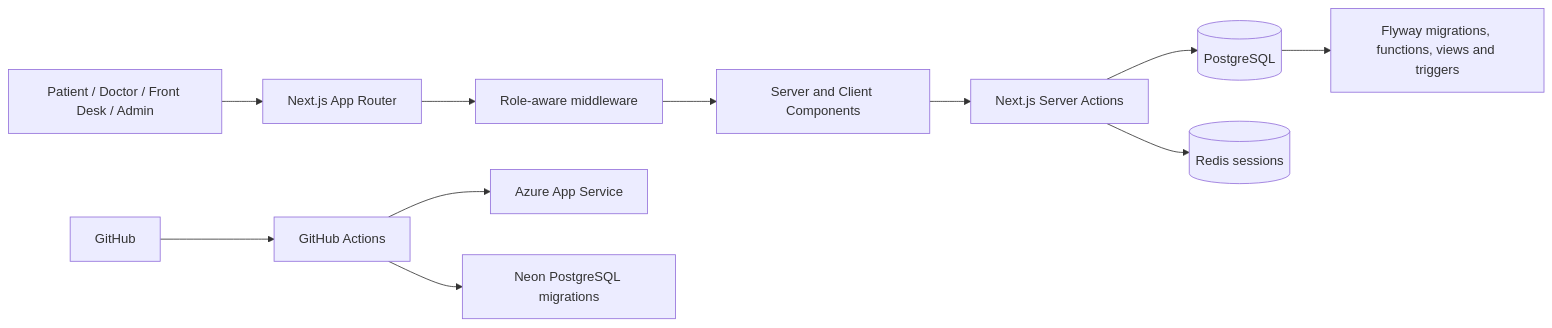
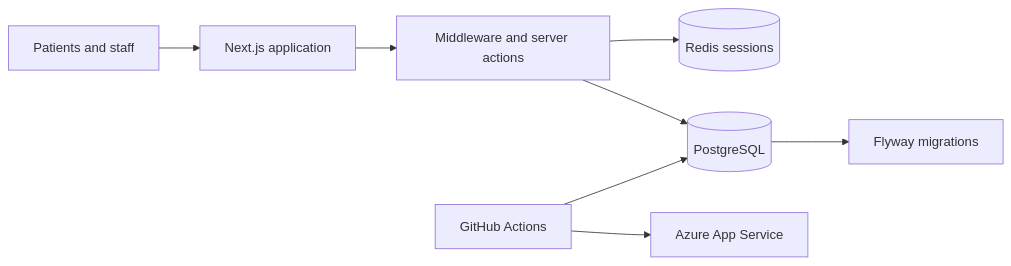
One commit to Nethmika4881/MedSync changed the diagram in README.md. Above: the diagram before and after it, drawn with Mermaid. The commit also changed other lines of this file, not shown here.

````diff
--- a/README.md
+++ b/README.md
@@ -86,14 +22,10 @@
 ```mermaid
 flowchart LR
-    U[Patient / Doctor / Front Desk / Admin] --> N[Next.js App Router]
-    N --> M[Role-aware middleware]
-    M --> P[Server and Client Components]
-    P --> A[Next.js Server Actions]
-    A --> PG[(PostgreSQL)]
-    A --> R[(Redis sessions)]
-    PG --> F[Flyway migrations, functions, views and triggers]
-
-    G[GitHub] --> CI[GitHub Actions]
-    CI --> AZ[Azure App Service]
-    CI --> DB[Neon PostgreSQL migrations]
+    U[Patients and staff] --> APP[Next.js application]
+    APP --> AUTH[Middleware and server actions]
+    AUTH --> DB[(PostgreSQL)]
+    AUTH --> REDIS[(Redis sessions)]
+    DB --> F[Flyway migrations]
+    GH[GitHub Actions] --> AZ[Azure App Service]
+    GH --> DB
 ```
````
